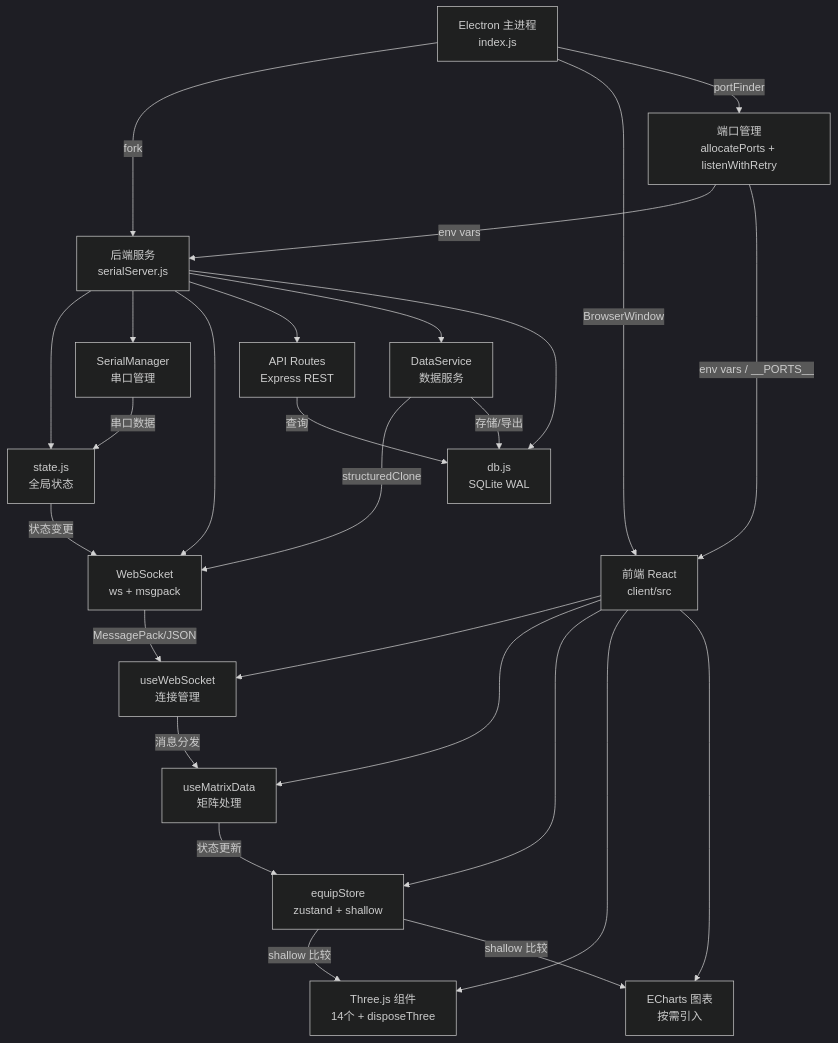
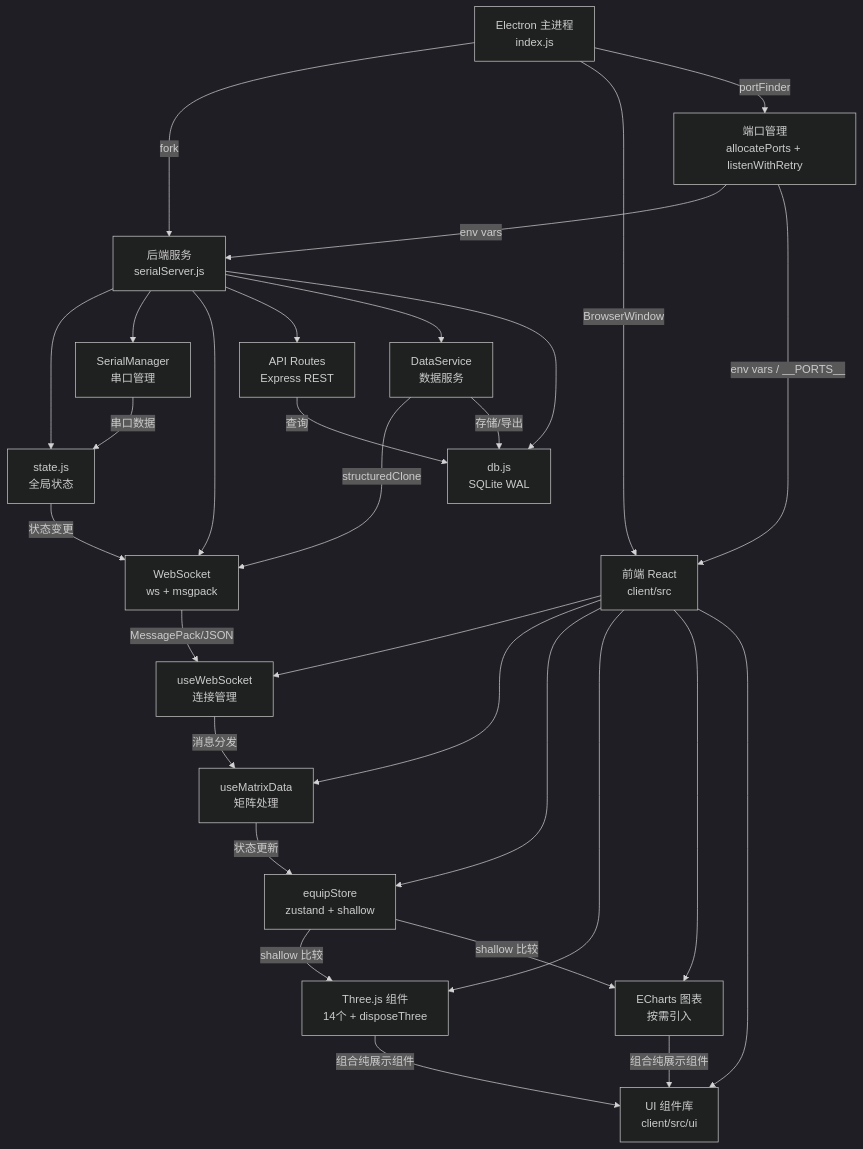
One commit to liudada118/shroom changed the diagram in ARCHITECTURE.md. Above: the diagram before and after it, drawn with Mermaid (dark theme). The commit also changed other lines of this file and 35 other files, not shown here.

````diff
--- a/ARCHITECTURE.md
+++ b/ARCHITECTURE.md
@@ -148,34 +161,37 @@
 ```mermaid
 graph TD
     A[Electron 主进程<br/>index.js] -->|fork| B[后端服务<br/>serialServer.js]
     A -->|BrowserWindow| C[前端 React<br/>client/src]
 
     B --> B1[state.js<br/>全局状态]
     B --> B2[SerialManager<br/>串口管理]
     B --> B3[WebSocket<br/>ws + msgpack]
     B --> B4[API Routes<br/>Express REST]
     B --> B5[DataService<br/>数据服务]
     B --> B6[db.js<br/>SQLite WAL]
 
     B2 -->|串口数据| B1
     B1 -->|状态变更| B3
     B5 -->|structuredClone| B3
     B4 -->|查询| B6
     B5 -->|存储/导出| B6
 
     C --> C1[useWebSocket<br/>连接管理]
     C --> C2[useMatrixData<br/>矩阵处理]
     C --> C3[equipStore<br/>zustand + shallow]
     C --> C4[Three.js 组件<br/>14个 + disposeThree]
     C --> C5[ECharts 图表<br/>按需引入]
+    C --> C6[UI 组件库<br/>client/src/ui]
 
     B3 -->|MessagePack/JSON| C1
     C1 -->|消息分发| C2
     C2 -->|状态更新| C3
     C3 -->|shallow 比较| C4
     C3 -->|shallow 比较| C5
+    C4 -->|组合纯展示组件| C6
+    C5 -->|组合纯展示组件| C6
 
     A -->|portFinder| D[端口管理<br/>allocatePorts + listenWithRetry]
     D -->|env vars| B
     D -->|env vars / __PORTS__| C
 ```
````
